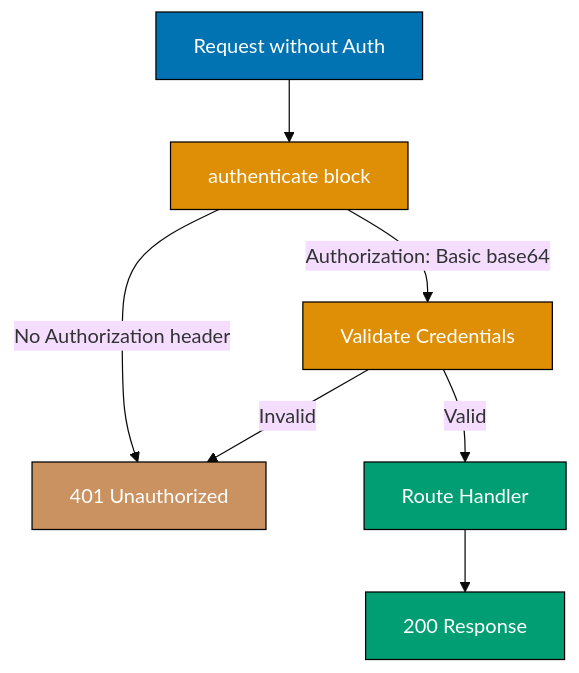
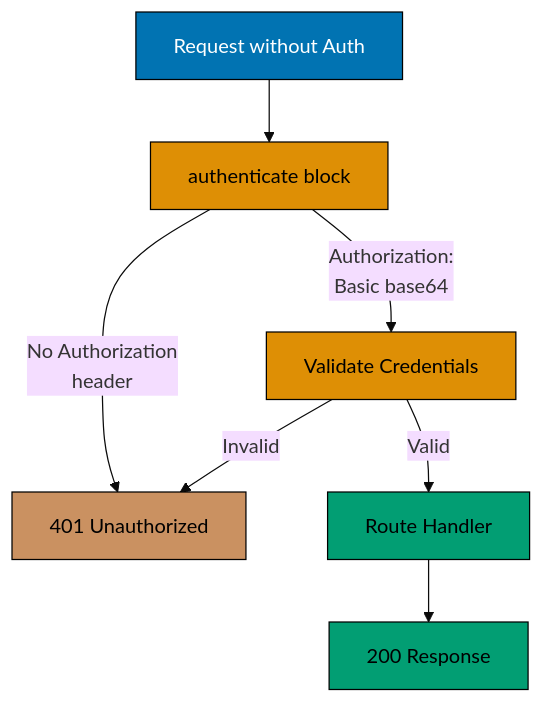
One commit to wahidyankf/ose-public changed the first of 2 diagrams in apps/ayokoding-www/content/en/learn/legacy/software-engineering/platforms/web/tools/kotlin-ktor/by-example/intermediate.md. Above: the diagram before and after it, drawn with Mermaid (base theme). The commit also changed other lines of this file and 130 other files, not shown here.

First line of the commit message:
fix(mermaid): bring the legacy platforms diagrams onto the accessible palette

````diff
--- a/apps/ayokoding-www/content/en/learn/legacy/software-engineering/platforms/web/tools/kotlin-ktor/by-example/intermediate.md
+++ b/apps/ayokoding-www/content/en/learn/legacy/software-engineering/platforms/web/tools/kotlin-ktor/by-example/intermediate.md
@@ -30,16 +30,23 @@
 ```mermaid
 graph TD
+  accTitle: Example 28: Basic Authentication
+  accDescr: Graph with 6 nodes and 6 connections. Nodes: Request without Auth, authenticate block, 401 Unauthorized, Validate Credentials, Route Handler, 200 Response. Connections: Request without Auth to authenticate block, authenticate block to 401 Unauthorized (No Authorization header), authenticate block to Validate Credentials (Authorization: Basic base64), Validate Credentials to 401 Unauthorized (Invalid), Validate Credentials to Route Handler (Valid), Route Handler to 200 Response.
   A["Request without Auth"] --> B["authenticate block"]
-  B -->|"No Authorization header"| C["401 Unauthorized"]
-  B -->|"Authorization: Basic base64"| D["Validate Credentials"]
+  B -->|"No Authorization<br/>header"| C["401 Unauthorized"]
+  B -->|"Authorization:<br/>Basic base64"| D["Validate Credentials"]
   D -->|"Invalid"| C
   D -->|"Valid"| E["Route Handler"]
   E --> F["200 Response"]
 
-  style A fill:#0173B2,stroke:#000,color:#fff
-  style B fill:#DE8F05,stroke:#000,color:#fff
-  style C fill:#CA9161,stroke:#000,color:#fff
-  style D fill:#DE8F05,stroke:#000,color:#fff
-  style E fill:#029E73,stroke:#000,color:#fff
-  style F fill:#029E73,stroke:#000,color:#fff
+  classDef pal-0173B2 fill:#0173B2,stroke:#000000,color:#FFFFFF
+  class A pal-0173B2
+  classDef pal-DE8F05 fill:#DE8F05,stroke:#000000,color:#000000
+  class B pal-DE8F05
+  classDef pal-CA9161 fill:#CA9161,stroke:#000000,color:#000000
+  class C pal-CA9161
+  class D pal-DE8F05
+  classDef pal-029E73 fill:#029E73,stroke:#000000,color:#000000
+  class E pal-029E73
+  class F pal-029E73
+  classDef default fill:#FFFFFF,stroke:#000000,color:#000000
 ```
````
